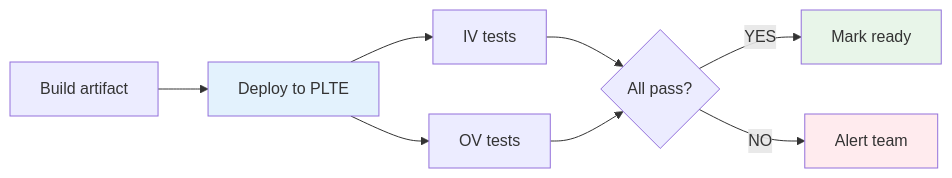
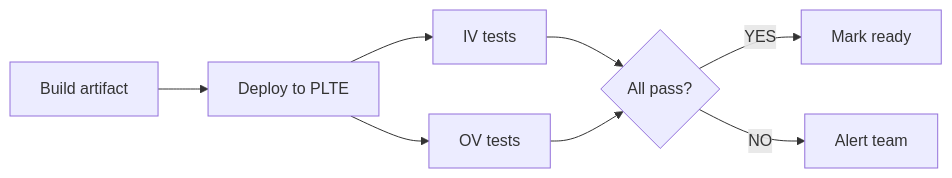
One commit to ready-to-release/eac changed the fourth of 5 diagrams in docs/explanation/continuous-delivery/cd-model/cd-model-stages-1-6.md. Above: the diagram before and after it, drawn with Mermaid. The commit also changed other lines of this file and 28 other files, not shown here.

````diff
--- a/docs/explanation/continuous-delivery/cd-model/cd-model-stages-1-6.md
+++ b/docs/explanation/continuous-delivery/cd-model/cd-model-stages-1-6.md
@@ -322,16 +313,13 @@
 ```mermaid
 flowchart LR
     Artifact[Build artifact] --> Deploy[Deploy to PLTE]
     Deploy --> IV[IV tests]
     Deploy --> OV[OV tests]
 
     IV --> Gate{All pass?}
     OV --> Gate
 
     Gate -->|YES| Pass[Mark ready]
     Gate -->|NO| Fail[Alert team]
 
-    style Deploy fill:#e3f2fd
-    style Pass fill:#e8f5e9
-    style Fail fill:#ffebee
 ```
````
